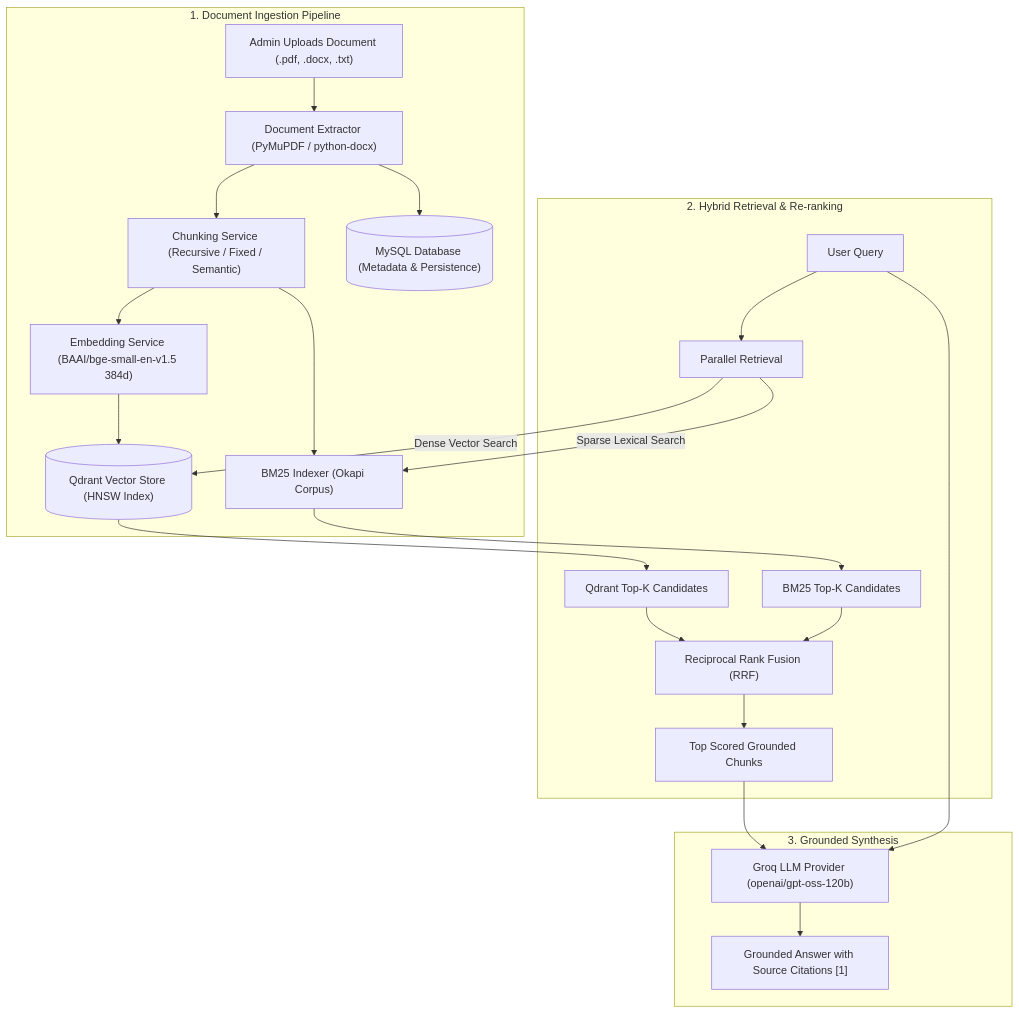
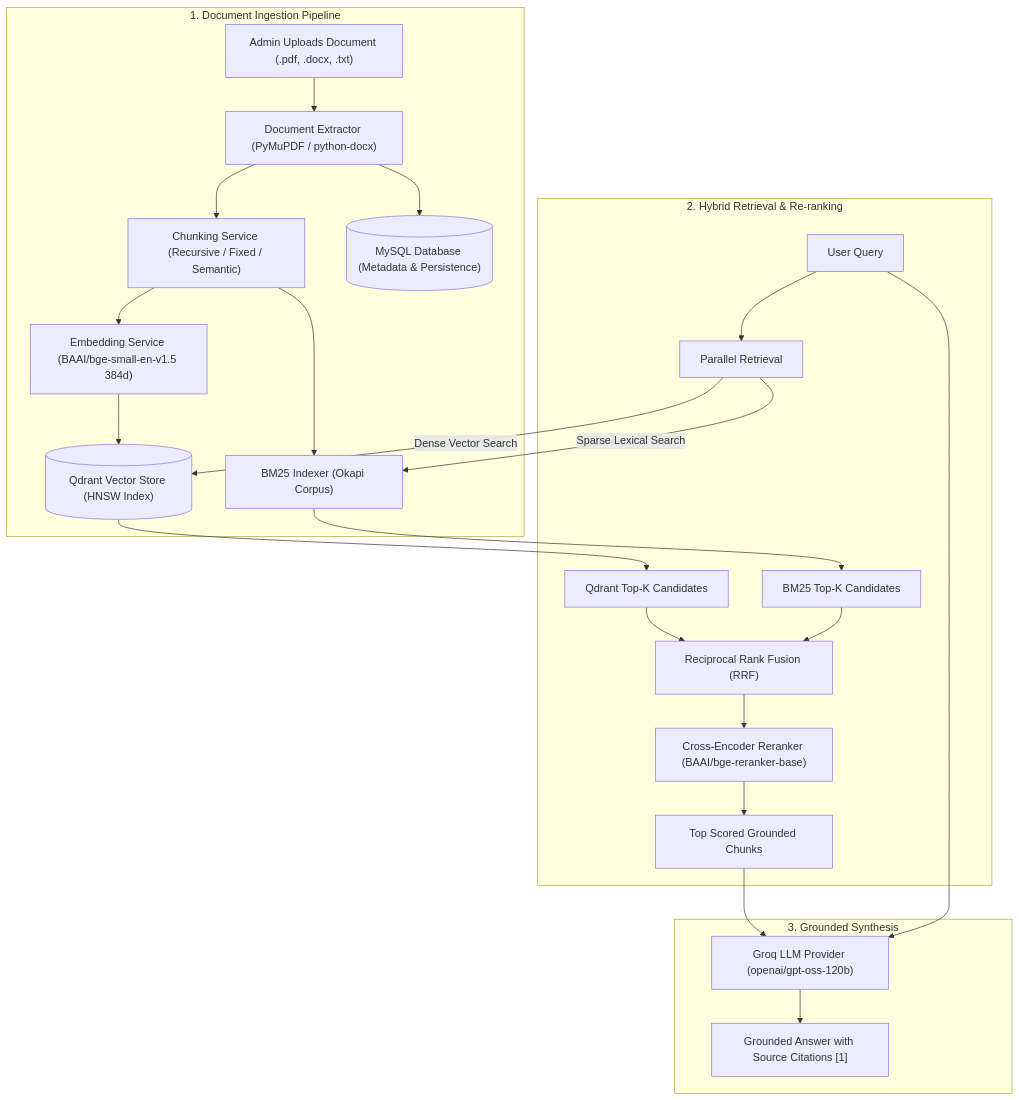
Before and after one commit to Icog-projects/CampusMind-AI: the first of 2 diagrams in README.md, drawn with Mermaid. The commit also changed other lines of this file and 7 other files, not shown here.

Commit message:
feat: add cross-encoder reranker and semantic cache services to backend

````diff
--- a/README.md
+++ b/README.md
@@ -205,28 +206,29 @@
 ```mermaid
 flowchart TD
     subgraph Ingestion["1. Document Ingestion Pipeline"]
         A["Admin Uploads Document (.pdf, .docx, .txt)"] --> B["Document Extractor (PyMuPDF / python-docx)"]
         B --> C["Chunking Service (Recursive / Fixed / Semantic)"]
         C --> D["Embedding Service (BAAI/bge-small-en-v1.5 384d)"]
         D --> E[("Qdrant Vector Store (HNSW Index)")]
         C --> F["BM25 Indexer (Okapi Corpus)"]
         B --> G[("MySQL Database (Metadata & Persistence)")]
     end
 
     subgraph Retrieval["2. Hybrid Retrieval & Re-ranking"]
         H["User Query"] --> I["Parallel Retrieval"]
         I -->|"Dense Vector Search"| E
         I -->|"Sparse Lexical Search"| F
         E --> J["Qdrant Top-K Candidates"]
         F --> K["BM25 Top-K Candidates"]
         J --> L["Reciprocal Rank Fusion (RRF)"]
         K --> L
-        L --> M["Top Scored Grounded Chunks"]
+        L --> RR["Cross-Encoder Reranker (BAAI/bge-reranker-base)"]
+        RR --> M["Top Scored Grounded Chunks"]
     end
 
     subgraph Synthesis["3. Grounded Synthesis"]
         M --> N["Groq LLM Provider (openai/gpt-oss-120b)"]
         H --> N
         N --> O["Grounded Answer with Source Citations [1]"]
     end
 ```
````
